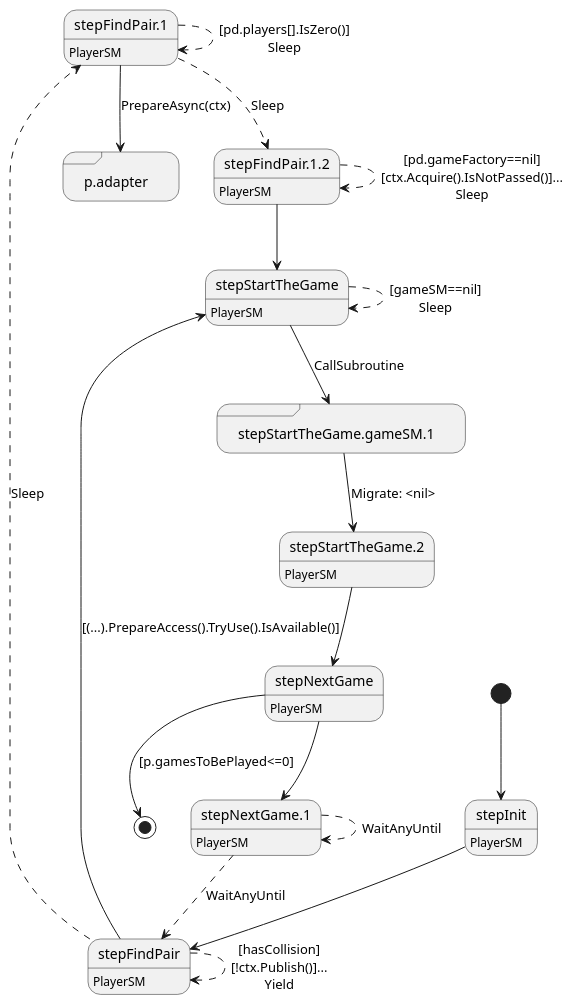
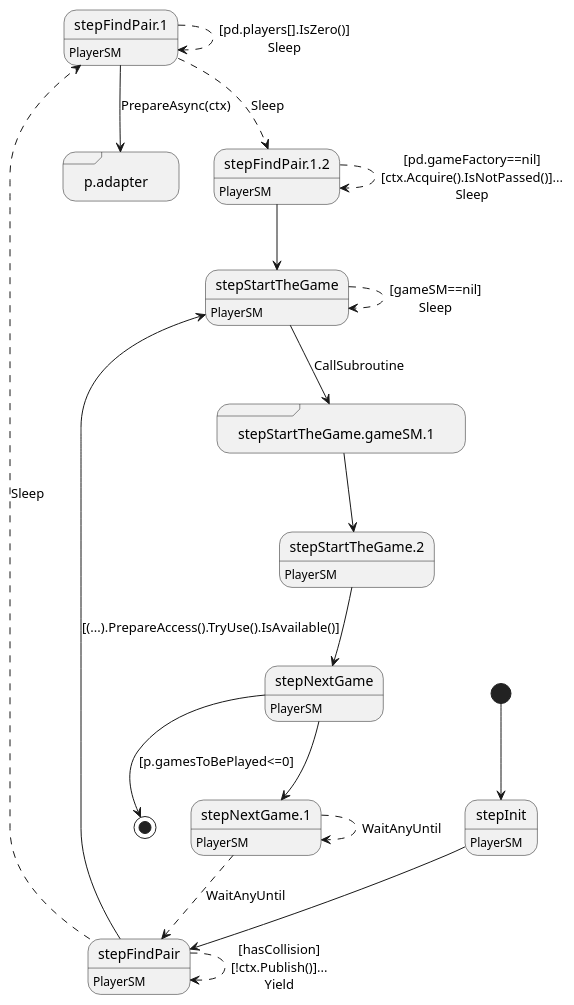
Before and after one commit to insolar/assured-ledger: the diagram in ledger-core/conveyor/smachine/example/player.plantuml, drawn with PlantUML. The commit also changed 16 other files, not shown here.

```diff
--- a/ledger-core/conveyor/smachine/example/player.plantuml
+++ b/ledger-core/conveyor/smachine/example/player.plantuml
@@ -1,38 +1,38 @@
 @startuml
 state "p.adapter" as T00_S004 <<sdlreceive>>
 state "stepFindPair" as T00_S002
 T00_S002 : PlayerSM
 T00_S002 --[dashed]> T00_S002 : [hasCollision]\n[!ctx.Publish()]...\nYield
 T00_S002 --> T00_S006 : [(...).PrepareAccess().TryUse().IsAvailable()]
 T00_S002 --[dashed]> T00_S003 : Sleep
 state "stepFindPair.1" as T00_S003
 T00_S003 : PlayerSM
 T00_S003 --[dashed]> T00_S003 : [pd.players[].IsZero()]\nSleep
 T00_S003 --> T00_S004 : PrepareAsync(ctx)
 T00_S003 --[dashed]> T00_S005 : Sleep
 state "stepFindPair.1.2" as T00_S005
 T00_S005 : PlayerSM
 T00_S005 --[dashed]> T00_S005 : [pd.gameFactory==nil]\n[ctx.Acquire().IsNotPassed()]...\nSleep
 T00_S005 --> T00_S006
 state "stepInit" as T00_S001
 T00_S001 : PlayerSM
 [*] --> T00_S001
 T00_S001 --> T00_S002
 state "stepNextGame" as T00_S009
 T00_S009 : PlayerSM
 T00_S009 --> [*] : [p.gamesToBePlayed<=0]
 T00_S009 --> T00_S010
 state "stepNextGame.1" as T00_S010
 T00_S010 : PlayerSM
 T00_S010 --[dashed]> T00_S010 : WaitAnyUntil
 T00_S010 --[dashed]> T00_S002 : WaitAnyUntil
 state "stepStartTheGame" as T00_S006
 T00_S006 : PlayerSM
 T00_S006 --[dashed]> T00_S006 : [gameSM==nil]\nSleep
 T00_S006 --> T00_S007 : CallSubroutine
 state "stepStartTheGame.2" as T00_S008
 T00_S008 : PlayerSM
 T00_S008 --> T00_S009
 state "stepStartTheGame.gameSM.1" as T00_S007 <<sdlreceive>>
-T00_S007 --> T00_S008 : Migrate: <nil>
+T00_S007 --> T00_S008
 @enduml
```
